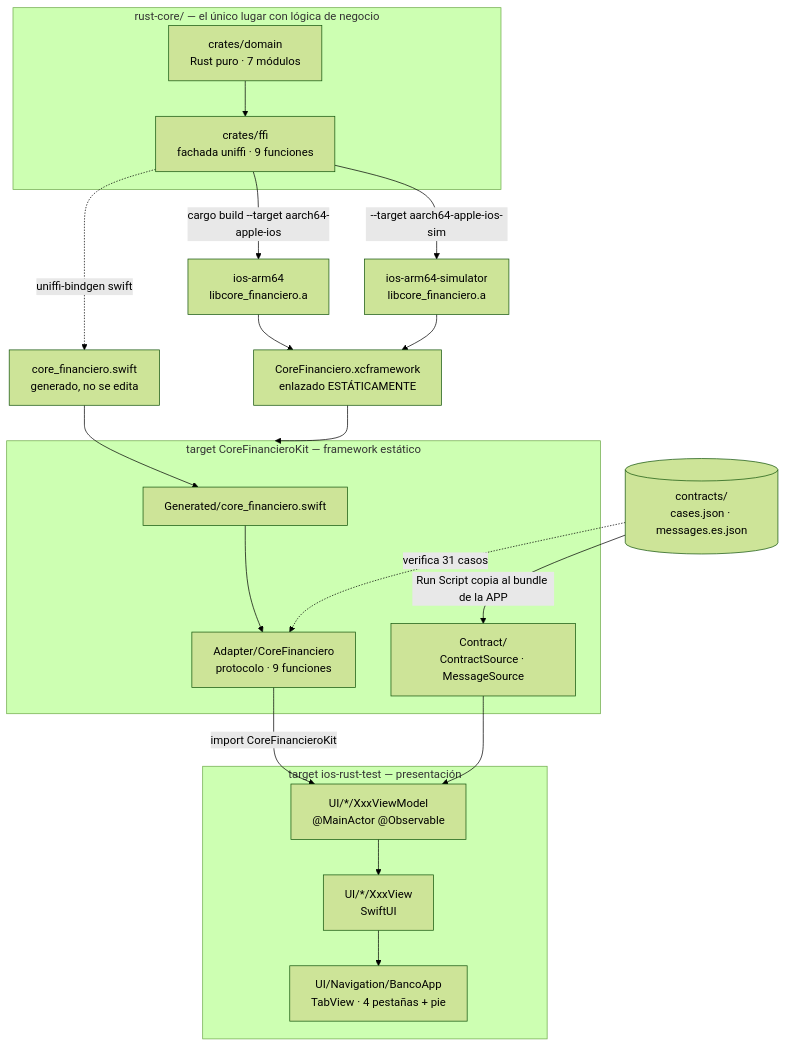
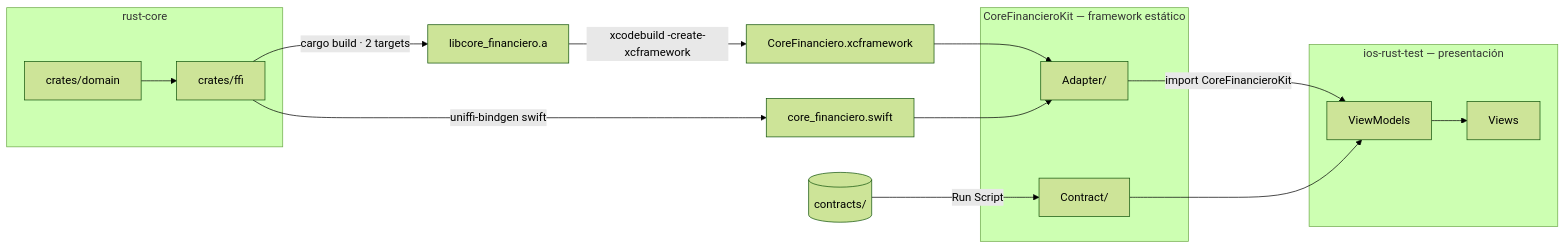
One commit to tohure/rust-core-cross-app changed the diagram in apps/ios/README.md. Above: the diagram before and after it, drawn with Mermaid (forest theme). The commit also changed other lines of this file and 1 other file, not shown here.

Commit message:
docs(ios): leyenda, glosario, y fijar el runtime del simulador
Diagrama vaciado a nombres, «Leyenda» con los estilos de línea y glosario de
target, slice, modulemap, Run Script y @Observable.

BUILD.md afirmaba como hecho vigente que «iPhone 17 Pro» existe y que por eso
el destino va verbatim, sin `OS=`. Deja de ser cierto al instalarse un runtime
más nuevo: `OS:latest` resuelve a ese, el modelo puede no existir ahí, y
xcodebuild corta con `Unable to find a device matching`. Se conserva la
afirmación como registro de la Fase 3 y se le agrega la salvedad.

El bloque de iOS del Paso 1 del README raíz llevaba al mismo muro sin avisar;
la advertencia se agrega allí en el commit del README.

````diff
--- a/apps/ios/README.md
+++ b/apps/ios/README.md
@@ -28,38 +28,25 @@
 ```mermaid
-flowchart TD
-    subgraph core["rust-core/ — el único lugar con lógica de negocio"]
-        domain["crates/domain<br/>Rust puro · 7 módulos"]
-        ffi["crates/ffi<br/>fachada uniffi · 9 funciones"]
-        domain --> ffi
+flowchart LR
+    subgraph core["rust-core"]
+        domain["crates/domain"] --> ffi["crates/ffi"]
     end
 
-    ffi -->|"cargo build --target aarch64-apple-ios"| dev["ios-arm64<br/>libcore_financiero.a"]
-    ffi -->|"--target aarch64-apple-ios-sim"| sim["ios-arm64-simulator<br/>libcore_financiero.a"]
-    ffi -.->|"uniffi-bindgen swift"| gen["core_financiero.swift<br/>generado, no se edita"]
+    ffi -->|"cargo build · 2 targets"| slices["libcore_financiero.a"]
+    ffi -->|"uniffi-bindgen swift"| gen["core_financiero.swift"]
+    slices -->|"xcodebuild -create-xcframework"| xcf["CoreFinanciero.xcframework"]
 
-    dev --> xcf["CoreFinanciero.xcframework<br/>enlazado ESTÁTICAMENTE"]
-    sim --> xcf
-
-    subgraph kit["target CoreFinancieroKit — framework estático"]
-        gen2["Generated/core_financiero.swift"]
-        adapter["Adapter/CoreFinanciero<br/>protocolo · 9 funciones"]
-        source["Contract/<br/>ContractSource · MessageSource"]
-        gen2 --> adapter
+    subgraph kit["CoreFinancieroKit — framework estático"]
+        adapter["Adapter/"]
+        source["Contract/"]
     end
 
-    subgraph app["target ios-rust-test — presentación"]
-        vm["UI/*/XxxViewModel<br/>@MainActor @Observable"]
-        screens["UI/*/XxxView<br/>SwiftUI"]
-        tabs["UI/Navigation/BancoApp<br/>TabView · 4 pestañas + pie"]
-        vm --> screens --> tabs
+    subgraph app["ios-rust-test — presentación"]
+        vm["ViewModels"] --> screens["Views"]
     end
 
-    xcf --> kit
-    gen --> gen2
+    xcf --> adapter
+    gen --> adapter
+    contrato[("contracts/")] -->|"Run Script"| source
     adapter -->|"import CoreFinancieroKit"| vm
     source --> vm
-
-    contrato[("contracts/<br/>cases.json · messages.es.json")]
-    contrato -->|"Run Script copia al bundle de la APP"| source
-    contrato -.->|"verifica 31 casos"| adapter
 ```
````
